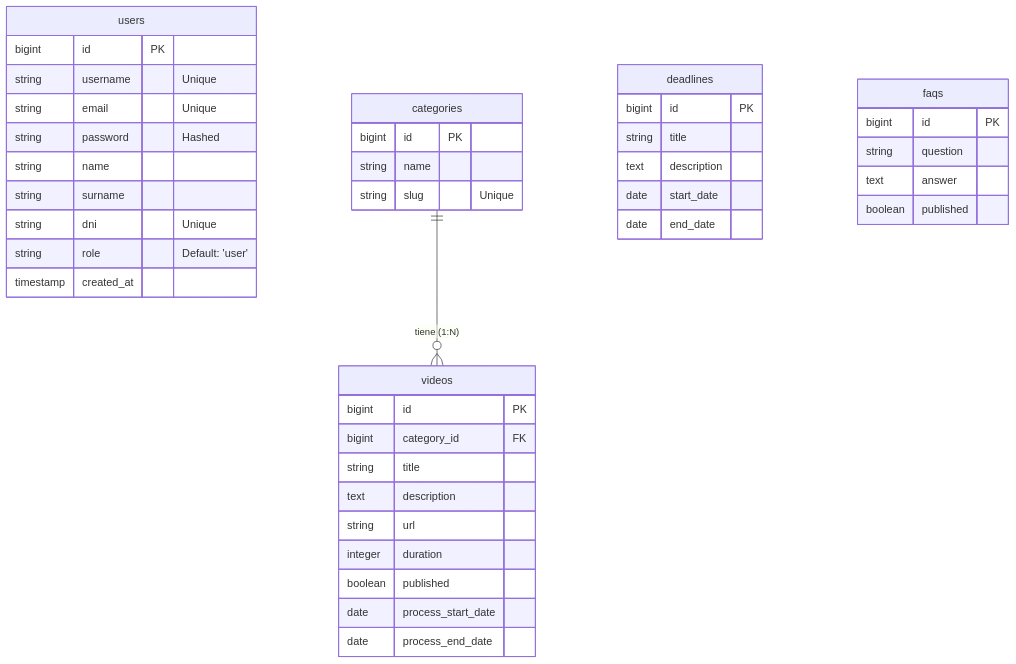
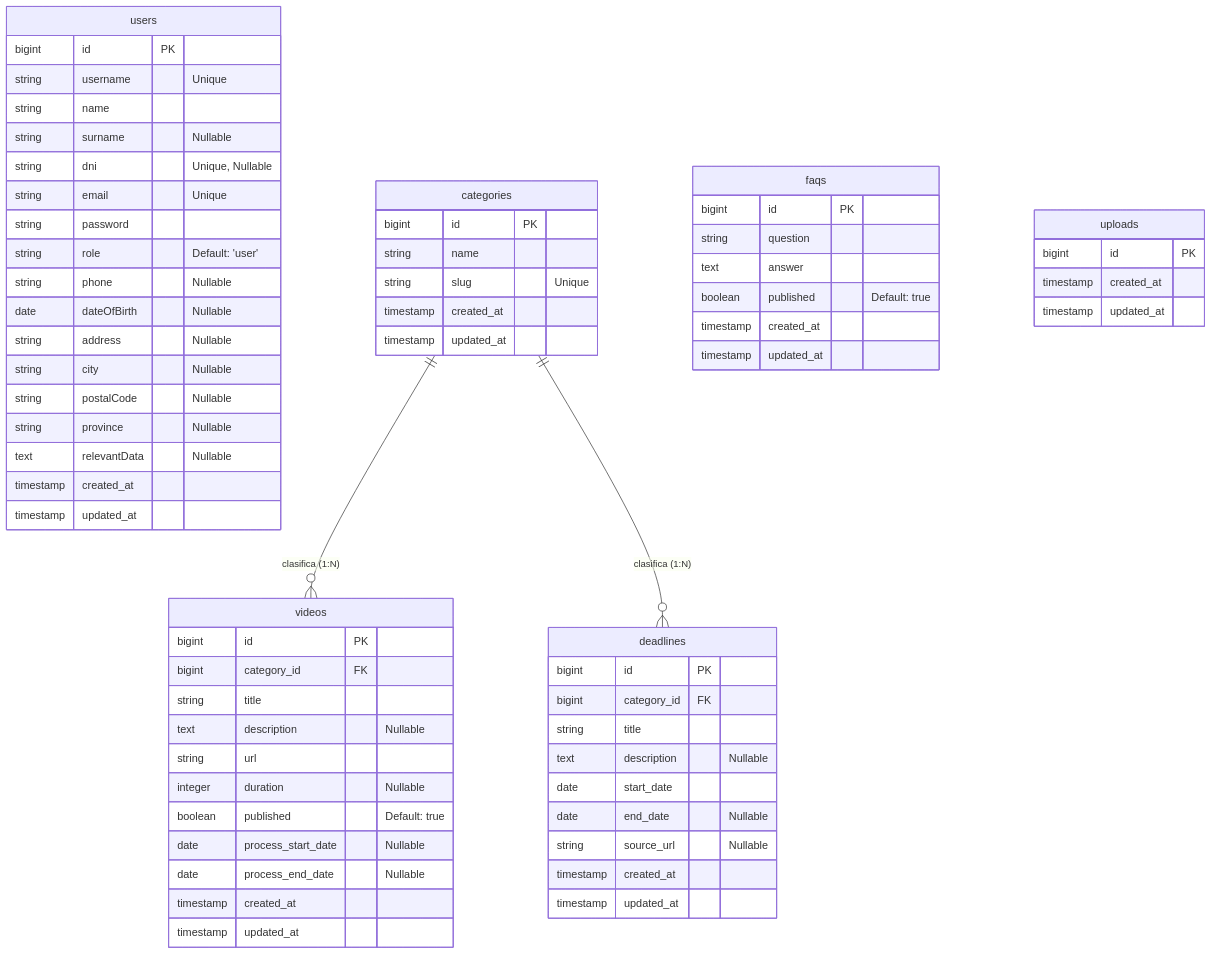
Before and after one commit to Atm0027/CIVIS: the second of 2 diagrams in Hito1_CIVIS.md, drawn with Mermaid. The commit also changed other lines of this file, not shown here.

````diff
--- a/Hito1_CIVIS.md
+++ b/Hito1_CIVIS.md
@@ -32,53 +33,75 @@
 ```mermaid
 erDiagram
-    %% ENTIDADES PRINCIPALES
-
     users {
         bigint id PK
         string username "Unique"
+        string name
+        string surname "Nullable"
+        string dni "Unique, Nullable"
         string email "Unique"
-        string password "Hashed"
-        string name
-        string surname
-        string dni "Unique"
+        string password
         string role "Default: 'user'"
+        string phone "Nullable"
+        date dateOfBirth "Nullable"
+        string address "Nullable"
+        string city "Nullable"
+        string postalCode "Nullable"
+        string province "Nullable"
+        text relevantData "Nullable"
         timestamp created_at
+        timestamp updated_at
     }
 
     categories {
         bigint id PK
         string name
         string slug "Unique"
+        timestamp created_at
+        timestamp updated_at
     }
 
     videos {
         bigint id PK
         bigint category_id FK
         string title
-        text description
+        text description "Nullable"
         string url
-        integer duration
-        boolean published
-        date process_start_date
-        date process_end_date
+        integer duration "Nullable"
+        boolean published "Default: true"
+        date process_start_date "Nullable"
+        date process_end_date "Nullable"
+        timestamp created_at
+        timestamp updated_at
     }
 
     deadlines {
         bigint id PK
+        bigint category_id FK
         string title
-        text description
+        text description "Nullable"
         date start_date
-        date end_date
+        date end_date "Nullable"
+        string source_url "Nullable"
+        timestamp created_at
+        timestamp updated_at
     }
 
     faqs {
         bigint id PK
         string question
         text answer
-        boolean published
+        boolean published "Default: true"
+        timestamp created_at
+        timestamp updated_at
+    }
+    
+    uploads {
+        bigint id PK
+        timestamp created_at
+        timestamp updated_at
     }
 
     %% RELACIONES
-
-    categories ||--o{ videos : "tiene (1:N)"
+    categories ||--o{ videos : "clasifica (1:N)"
+    categories ||--o{ deadlines : "clasifica (1:N)"
 ```
````
